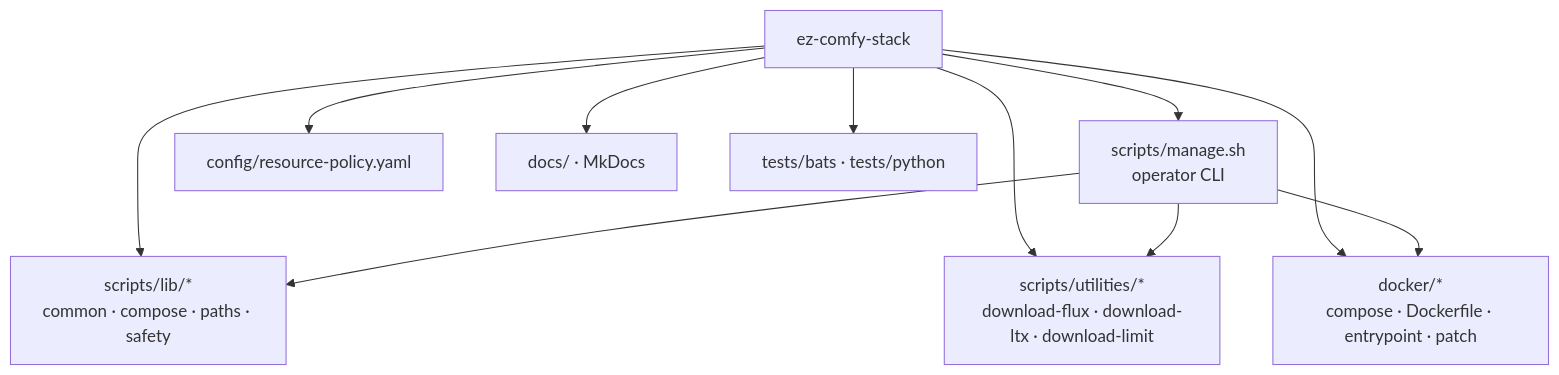
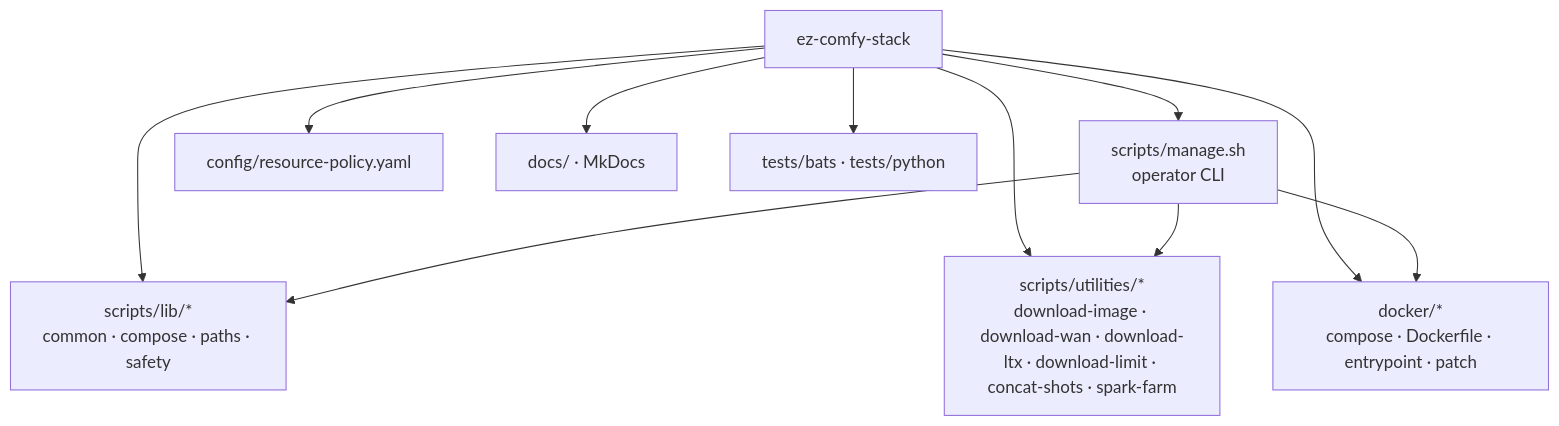
The first of 6 diagrams in docs/project-conventions.md (toxicoder/ez-comfy-stack), drawn with Mermaid before and after one commit. The commit also changed other lines of this file and 142 other files, not shown here.

````diff
--- a/docs/project-conventions.md
+++ b/docs/project-conventions.md
@@ -37,14 +37,14 @@
 ```mermaid
 flowchart TB
   Root["ez-comfy-stack"]
   Root --> Manage["scripts/manage.sh<br/>operator CLI"]
   Root --> Lib["scripts/lib/*<br/>common · compose · paths · safety"]
-  Root --> Util["scripts/utilities/*<br/>download-flux · download-ltx · download-limit"]
+  Root --> Util["scripts/utilities/*<br/>download-image · download-wan · download-ltx · download-limit · concat-shots · spark-farm"]
   Root --> Docker["docker/*<br/>compose · Dockerfile · entrypoint · patch"]
   Root --> Cfg["config/resource-policy.yaml"]
   Root --> Docs["docs/ · MkDocs"]
   Root --> Tests["tests/bats · tests/python"]
   Manage --> Lib
   Manage --> Util
   Manage --> Docker
 ```
````
